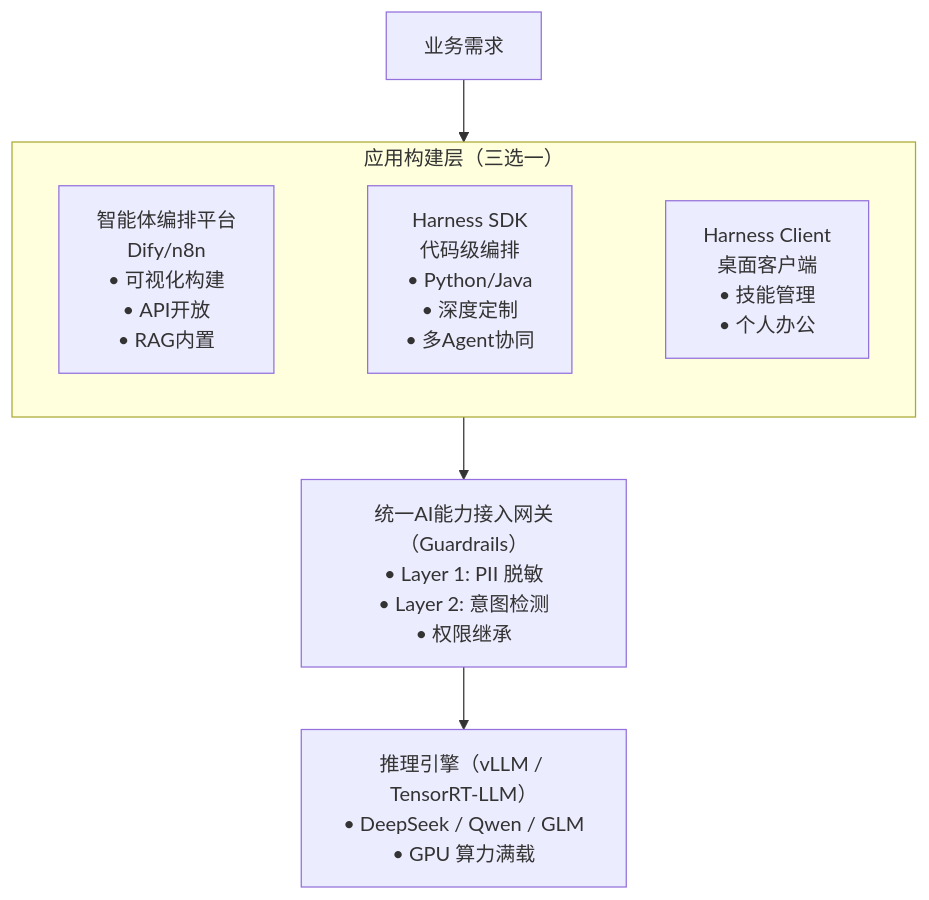
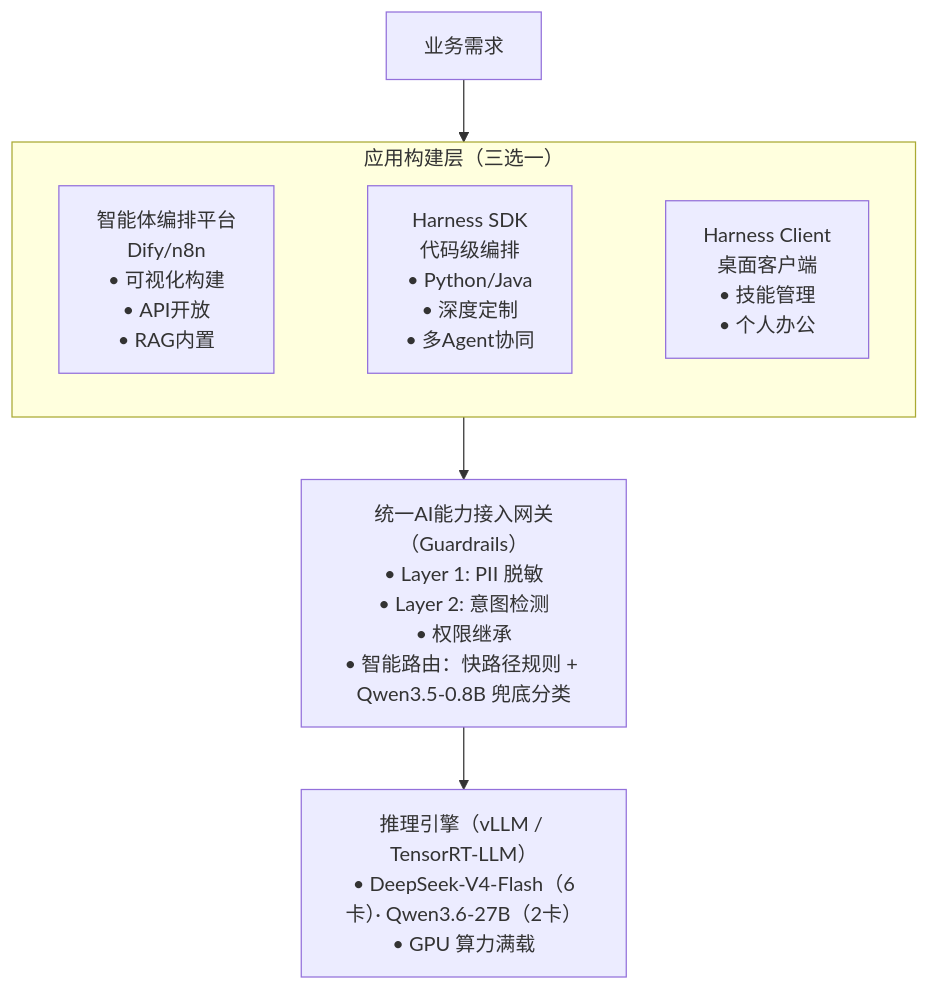
Before and after one commit to wonglaitung/splan: diagram 13 of 15 in 2. 银行大模型技术架构总览.md, drawn with Mermaid. The commit also changed other lines of this file and 4 other files, not shown here.

````diff
--- a/2. 银行大模型技术架构总览.md
+++ b/2. 银行大模型技术架构总览.md
@@ -645,13 +691,13 @@
 ```mermaid
 flowchart TB
     REQ["业务需求"] --> L2
     subgraph L2["应用构建层（三选一）"]
         direction LR
         B1["智能体编排平台<br/>Dify/n8n<br/>• 可视化构建<br/>• API开放<br/>• RAG内置"]
         B2["Harness SDK<br/>代码级编排<br/>• Python/Java<br/>• 深度定制<br/>• 多Agent协同"]
         B3["Harness Client<br/>桌面客户端<br/>• 技能管理<br/>• 个人办公"]
         B1 ~~~ B2 ~~~ B3
     end
-    L2 --> GW["统一AI能力接入网关（Guardrails）<br/>• Layer 1: PII 脱敏<br/>• Layer 2: 意图检测<br/>• 权限继承"]
-    GW --> INF["推理引擎（vLLM / TensorRT-LLM）<br/>• DeepSeek / Qwen / GLM<br/>• GPU 算力满载"]
+    L2 --> GW["统一AI能力接入网关（Guardrails）<br/>• Layer 1: PII 脱敏<br/>• Layer 2: 意图检测<br/>• 权限继承<br/>• 智能路由：快路径规则 + Qwen3.5-0.8B 兜底分类"]
+    GW --> INF["推理引擎（vLLM / TensorRT-LLM）<br/>• DeepSeek-V4-Flash（6卡）· Qwen3.6-27B（2卡）<br/>• GPU 算力满载"]
 ```
````
